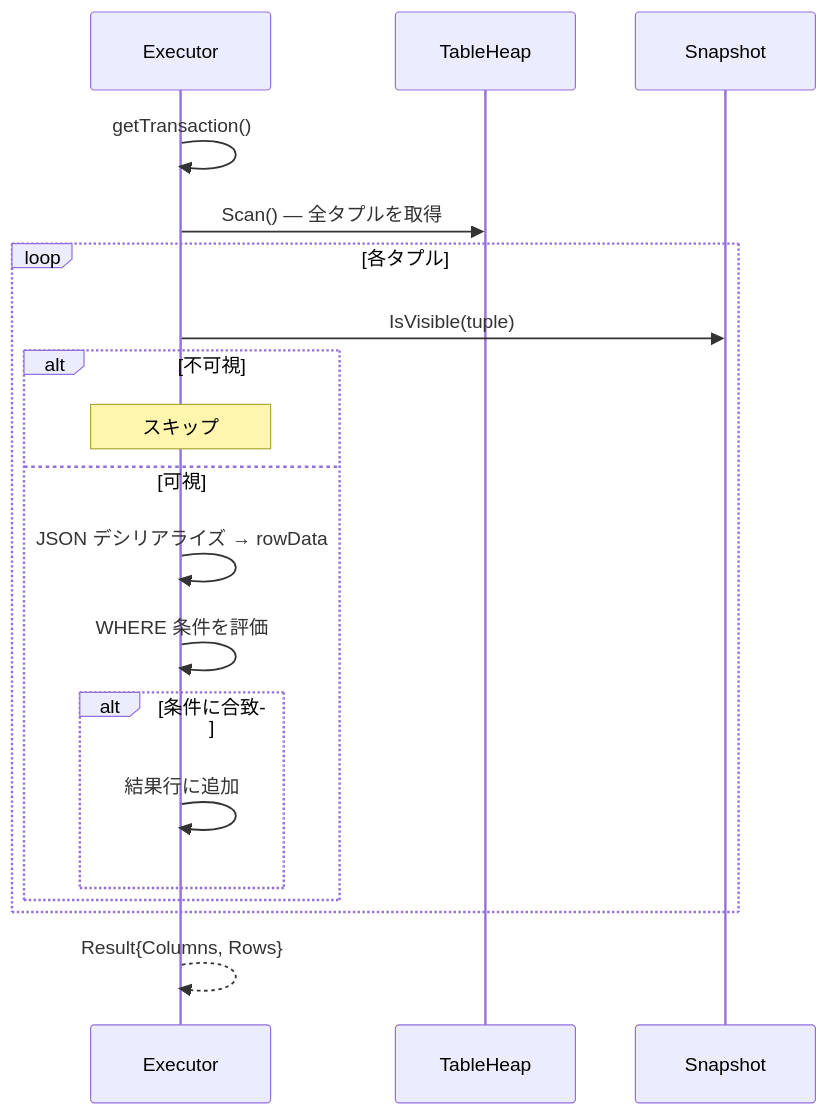
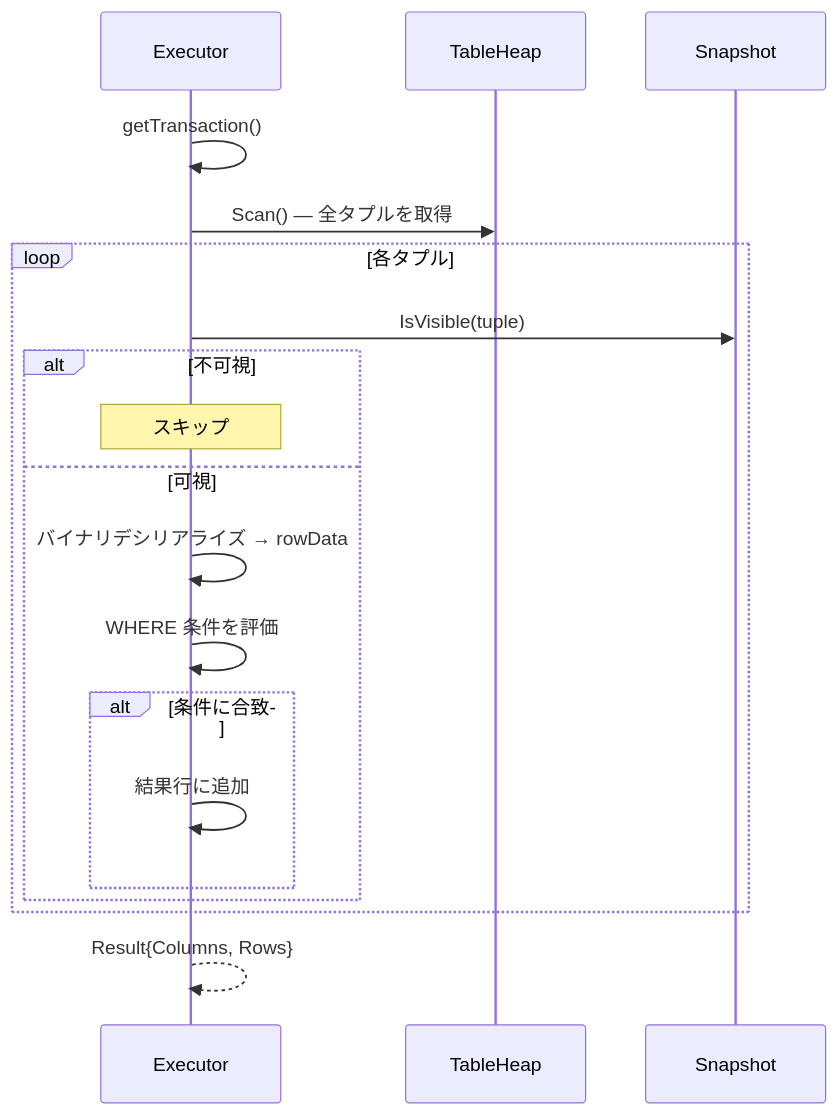
The fifth of 5 diagrams in docs/sql.md (kyosu-1/minidb), drawn with Mermaid before and after one commit. The commit also changed other lines of this file and 1 other file, not shown here.

Commit message:
ドキュメントの行データ形式をJSONからバイナリに修正

````diff
--- a/docs/sql.md
+++ b/docs/sql.md
@@ -175,22 +175,22 @@
 ```mermaid
 sequenceDiagram
     participant E as Executor
     participant H as TableHeap
     participant S as Snapshot
 
     E->>E: getTransaction()
     E->>H: Scan() — 全タプルを取得
     loop 各タプル
         E->>S: IsVisible(tuple)
         alt 不可視
             Note over E: スキップ
         else 可視
-            E->>E: JSON デシリアライズ → rowData
+            E->>E: バイナリデシリアライズ → rowData
             E->>E: WHERE 条件を評価
             alt 条件に合致
                 E->>E: 結果行に追加
             end
         end
     end
     E-->>E: Result{Columns, Rows}
 ```
````
